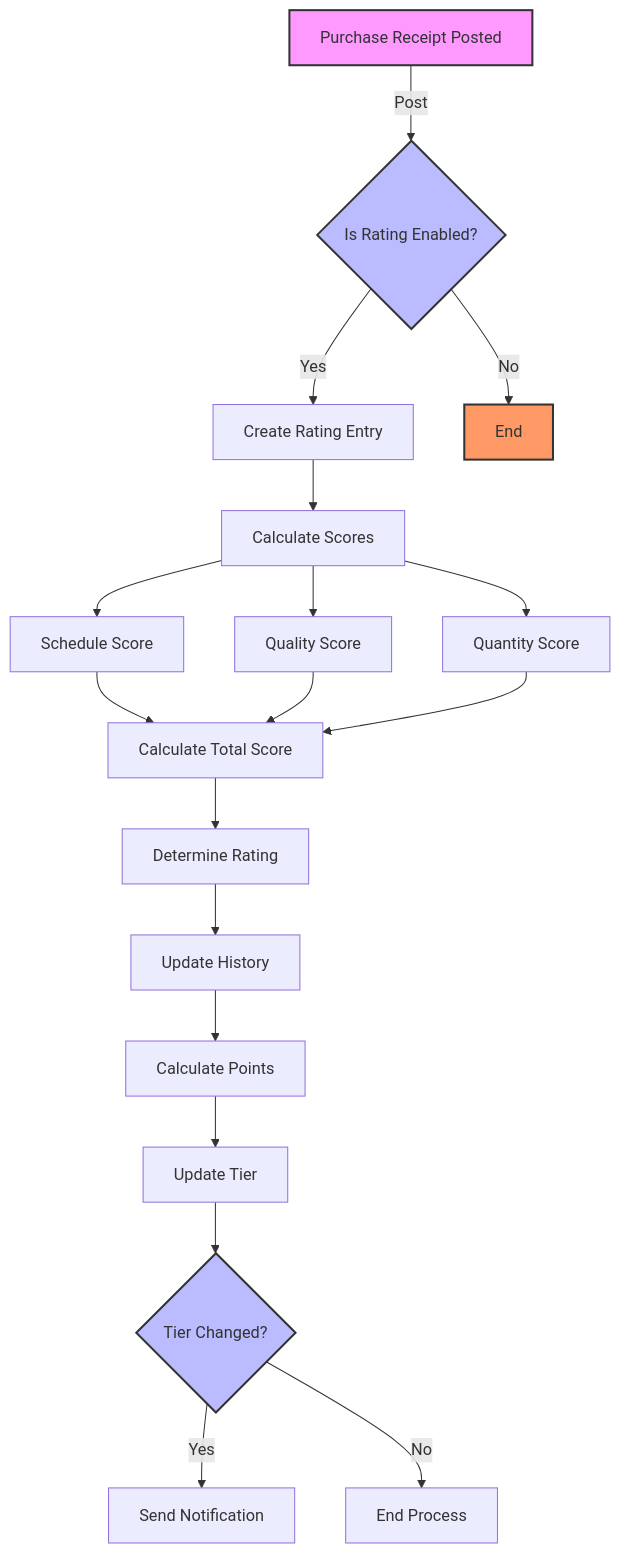
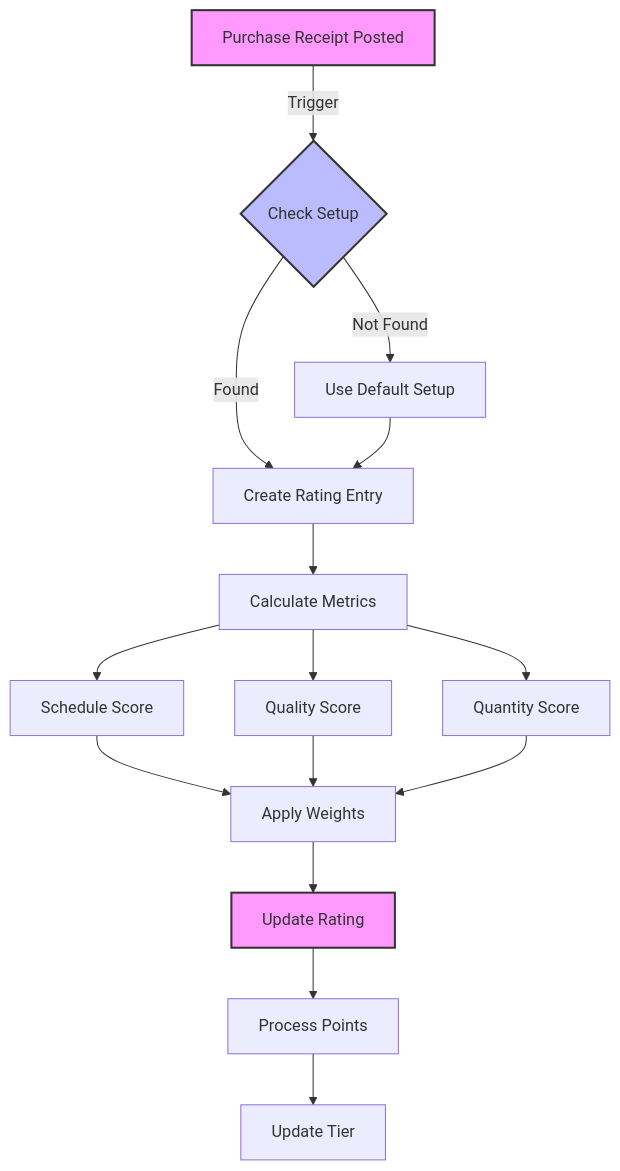
The first of 2 diagrams in README.md (Goldenvikingsunset/ALProject4), drawn with Mermaid before and after one commit. The commit also changed other lines of this file and 3 other files, not shown here.

````diff
--- a/README.md
+++ b/README.md
@@ -8,23 +27,19 @@
 ```mermaid
 flowchart TD
-    A["Purchase Receipt Posted"] -->|"Post"| B{"Is Rating Enabled?"}
-    B -->|"Yes"| C["Create Rating Entry"]
-    B -->|"No"| Z["End"]
-    C --> D["Calculate Scores"]
-    D --> E["Schedule Score"]
-    D --> F["Quality Score"]
-    D --> G["Quantity Score"]
-    E & F & G --> H["Calculate Total Score"]
-    H --> I["Determine Rating"]
-    I --> J["Update History"]
-    J --> K["Calculate Points"]
-    K --> L["Update Tier"]
-    L --> M{"Tier Changed?"}
-    M -->|"Yes"| N["Send Notification"]
-    M -->|"No"| O["End Process"]
+    A[Purchase Receipt Posted] -->|Trigger| B{Check Setup}
+    B -->|Found| C[Create Rating Entry]
+    B -->|Not Found| D[Use Default Setup]
+    D --> C
+    C --> E[Calculate Metrics]
+    E --> F[Schedule Score]
+    E --> G[Quality Score]
+    E --> H[Quantity Score]
+    F & G & H --> I[Apply Weights]
+    I --> J[Update Rating]
+    J --> K[Process Points]
+    K --> L[Update Tier]
 
     style A fill:#f9f,stroke:#333,stroke-width:2px
-    style Z fill:#f96,stroke:#333,stroke-width:2px
     style B fill:#bbf,stroke:#333,stroke-width:2px
-    style M fill:#bbf,stroke:#333,stroke-width:2px
+    style J fill:#f9f,stroke:#333,stroke-width:2px
 ```
````
